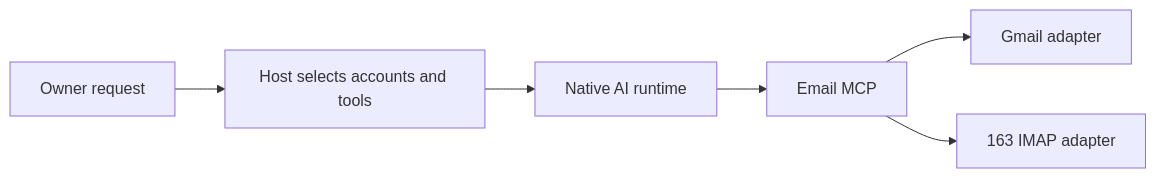
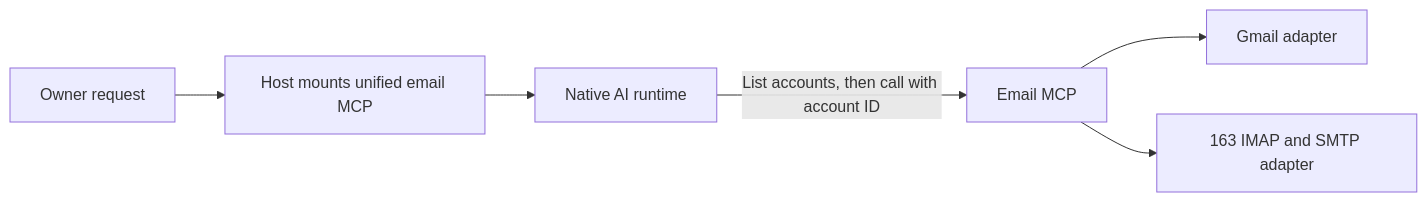
The diagram in docs/email-plugin.md (zhoushoujianwork/Agent-Host), drawn with Mermaid before and after one commit. The commit also changed other lines of this file and 2 other files, not shown here.

First line of the commit message:
docs: preserve concurrent email design update

````diff
--- a/docs/email-plugin.md
+++ b/docs/email-plugin.md
@@ -25,8 +26,8 @@
 ```mermaid
 flowchart LR
-    U[Owner request] --> H[Host selects accounts and tools]
+    U[Owner request] --> H[Host mounts unified email MCP]
     H --> N[Native AI runtime]
-    N --> M[Email MCP]
+    N -->|List accounts, then call with account ID| M[Email MCP]
     M --> G[Gmail adapter]
-    M --> I[163 IMAP adapter]
+    M --> I[163 IMAP and SMTP adapter]
 ```
````
